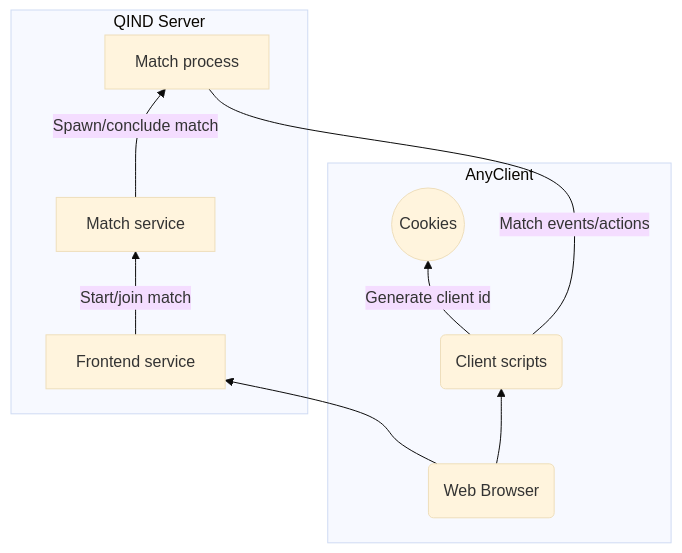
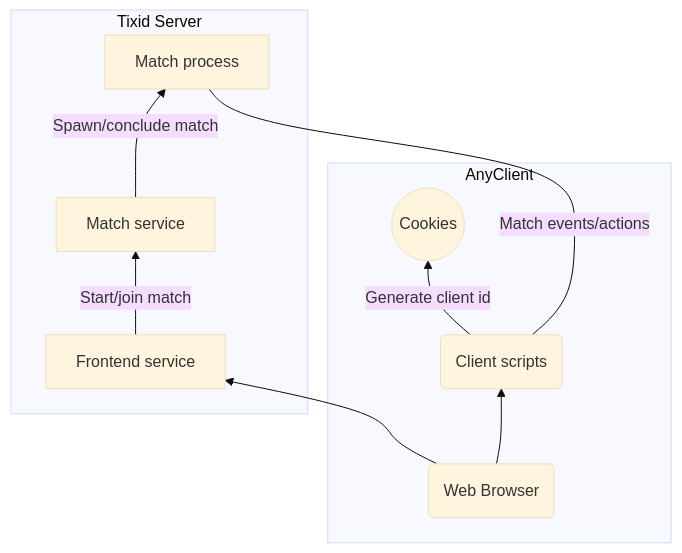
The diagram in doc/architecture.md (sanraith/tixid), drawn with Mermaid (base theme) before and after one commit. The commit also changed other lines of this file and 11 other files, not shown here.

````diff
--- a/doc/architecture.md
+++ b/doc/architecture.md
@@ -9,22 +9,22 @@
 ```mermaid
 graph BT
 
 subgraph AnyClient
     WB(Web Browser)
     C(Client scripts)
     CK((Cookies))
 end
 
-subgraph QIND Server
+subgraph Tixid Server
     FE[Frontend service]
     MS[Match service]
     MP[Match process]
 end
 
 FE--Start/join match-->MS
 MS--Spawn/conclude match-->MP
 WB-->C
 WB-->FE
 C--Match events/actions---MP
 C--Generate client id-->CK
 ```
````
